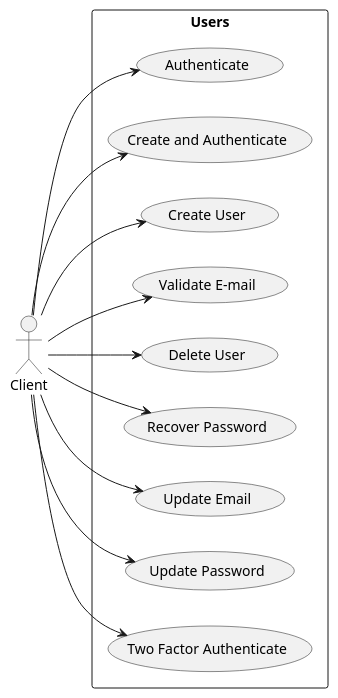
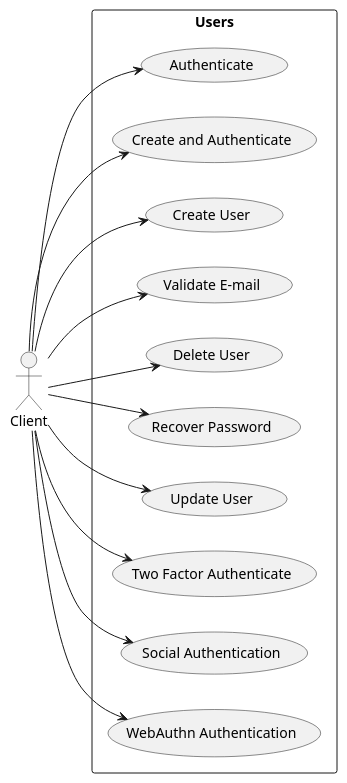
The diagram in docs/usecases/UseCases.puml (orion-services/users), drawn with PlantUML before and after one commit. The commit also changed 11 other files, not shown here.

```diff
--- a/docs/usecases/UseCases.puml
+++ b/docs/usecases/UseCases.puml
@@ -1,28 +1,30 @@
 @startuml
 left to right direction
 
 actor "Client" as client
 
 rectangle Users{
     usecase "Authenticate" as UC1
     usecase "Create and Authenticate" as UC2
     usecase "Create User" as UC3
     usecase "Validate E-mail" as UC4
     usecase "Delete User" as UC5
     usecase "Recover Password" as UC6
-    usecase "Update Email" as UC7
-    usecase "Update Password" as UC8
-    usecase "Two Factor Authenticate" as UC9
+    usecase "Update User" as UC7
+    usecase "Two Factor Authenticate" as UC8
+    usecase "Social Authentication" as UC9
+    usecase "WebAuthn Authentication" as UC10
 }
 
 client -->  UC1
 client -->  UC2
 client -->  UC3
 client -->  UC4
 client -->  UC5
 client -->  UC6
 client -->  UC7
 client -->  UC8
 client -->  UC9
+client -->  UC10
 
 @enduml
```
